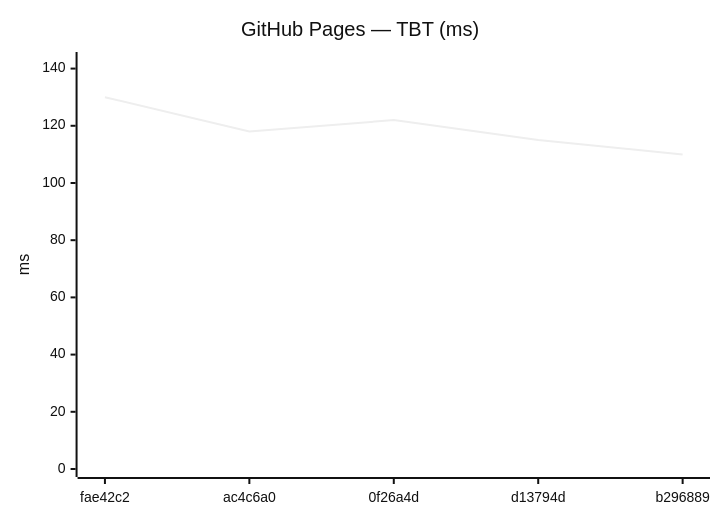
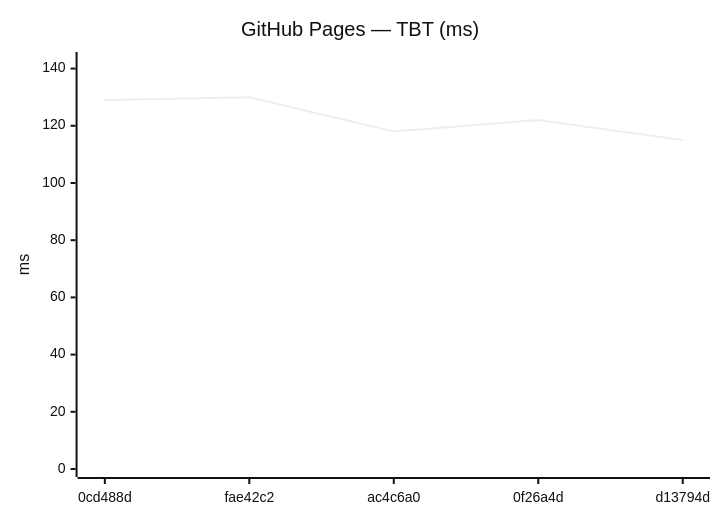
The tenth of 18 diagrams in benchmarks/compare.md (Metaheurist/Rianell), drawn with Mermaid (neutral theme) before and after one commit. The commit also changed other lines of this file and 11 other files, not shown here.

````diff
--- a/benchmarks/compare.md
+++ b/benchmarks/compare.md
@@ -149,7 +149,7 @@
 ```mermaid
 xychart-beta
     title "GitHub Pages — TBT (ms)"
-    x-axis ["fae42c2", "ac4c6a0", "0f26a4d", "d13794d", "b296889"]
+    x-axis ["0cd488d", "fae42c2", "ac4c6a0", "0f26a4d", "d13794d"]
     y-axis "ms" 0 --> 143
-    line [130, 118, 122, 115, 110]
+    line [129, 130, 118, 122, 115]
 ```
````
